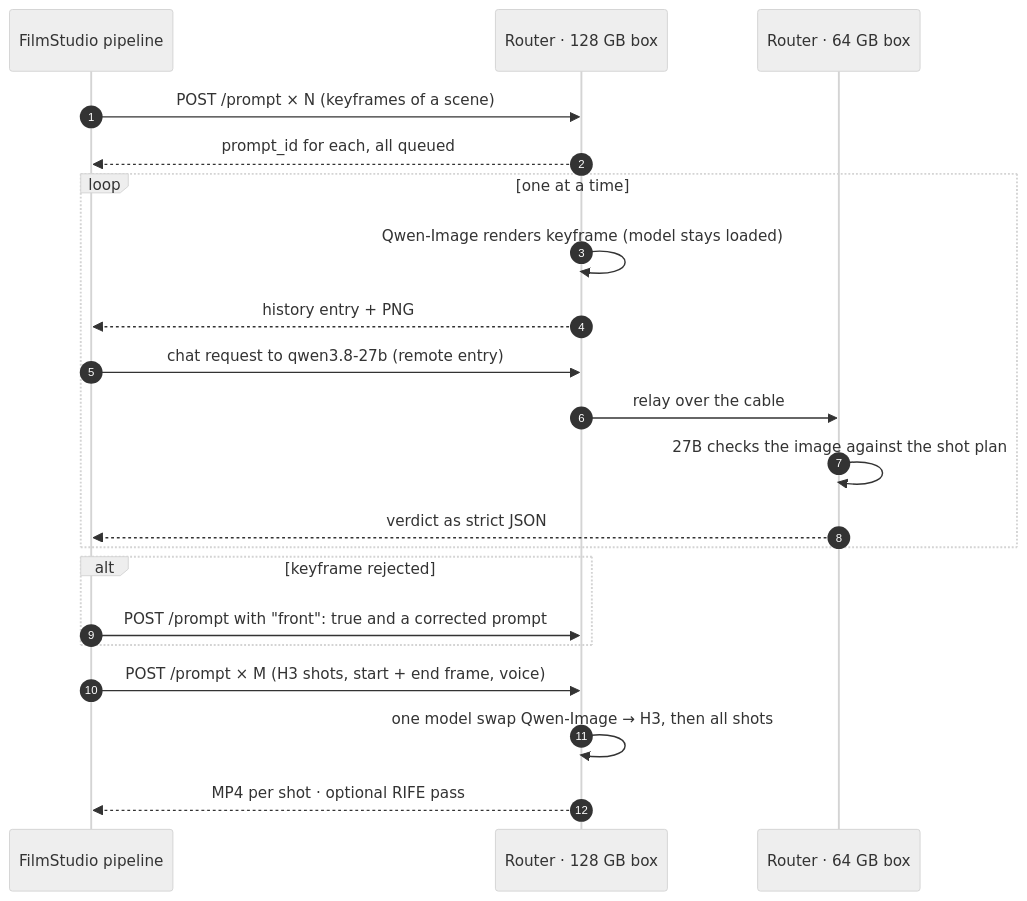
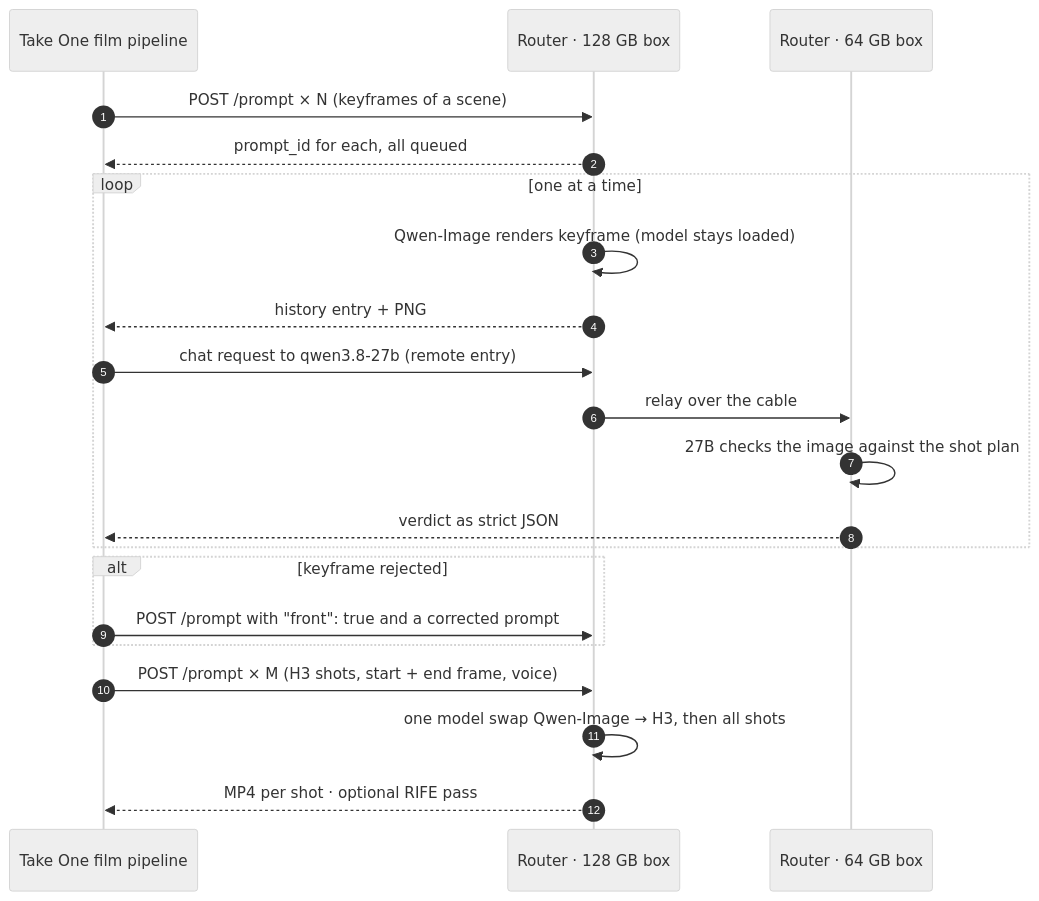
Before and after one commit to D3rPapts/gufo-studio-windows: the second of 2 diagrams in docs/TWO-MACHINES.md, drawn with Mermaid (neutral theme). The commit also changed 1 other file, not shown here.

Commit message:
docs: the film studio is now called Take One
Claude-Session: https://claude.ai/code/session_012excpt9LVybVn2rB3JkEs4

````diff
--- a/docs/TWO-MACHINES.md
+++ b/docs/TWO-MACHINES.md
@@ -57,23 +57,23 @@
 ```mermaid
 sequenceDiagram
   autonumber
-  participant P as FilmStudio pipeline
+  participant P as Take One film pipeline
   participant B as Router · 128 GB box
   participant A as Router · 64 GB box
   P->>B: POST /prompt × N (keyframes of a scene)
   B-->>P: prompt_id for each, all queued
   loop one at a time
     B->>B: Qwen-Image renders keyframe (model stays loaded)
     B-->>P: history entry + PNG
     P->>B: chat request to qwen3.8-27b (remote entry)
     B->>A: relay over the cable
     A->>A: 27B checks the image against the shot plan
     A-->>P: verdict as strict JSON
   end
   alt keyframe rejected
     P->>B: POST /prompt with "front": true and a corrected prompt
   end
   P->>B: POST /prompt × M (H3 shots, start + end frame, voice)
   B->>B: one model swap Qwen-Image → H3, then all shots
   B-->>P: MP4 per shot · optional RIFE pass
 ```
````
